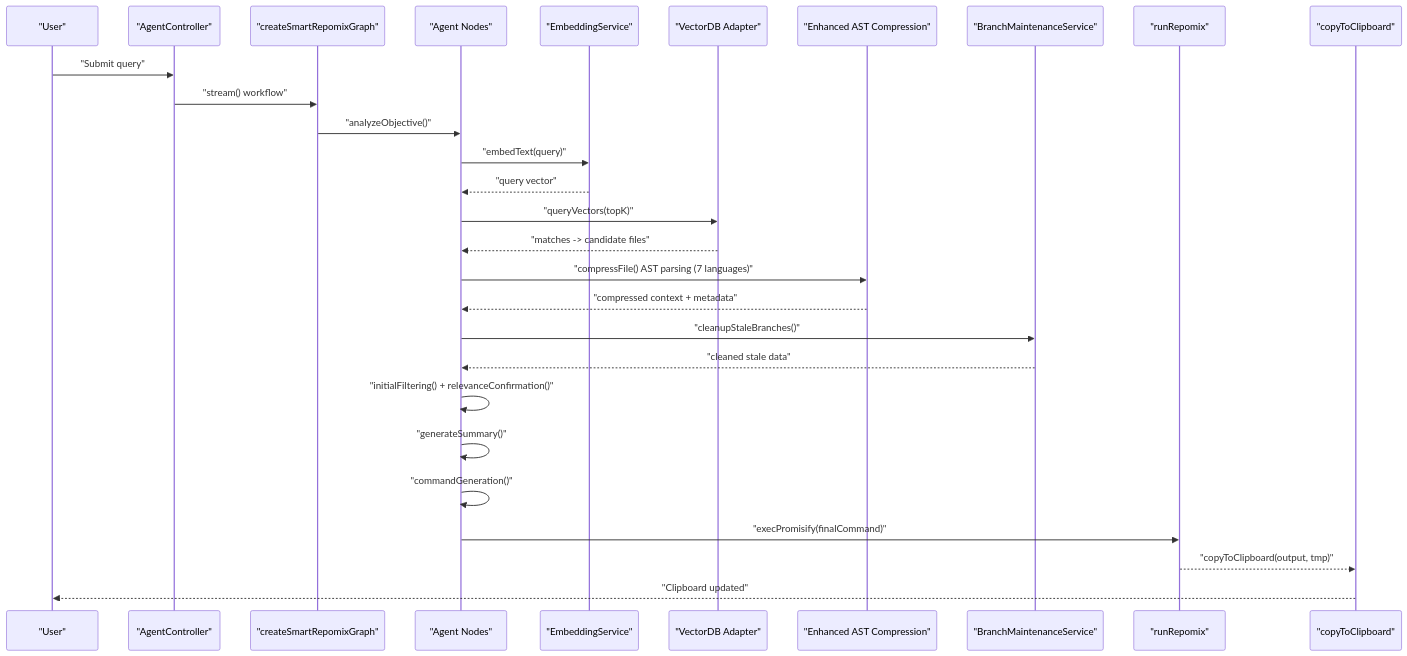
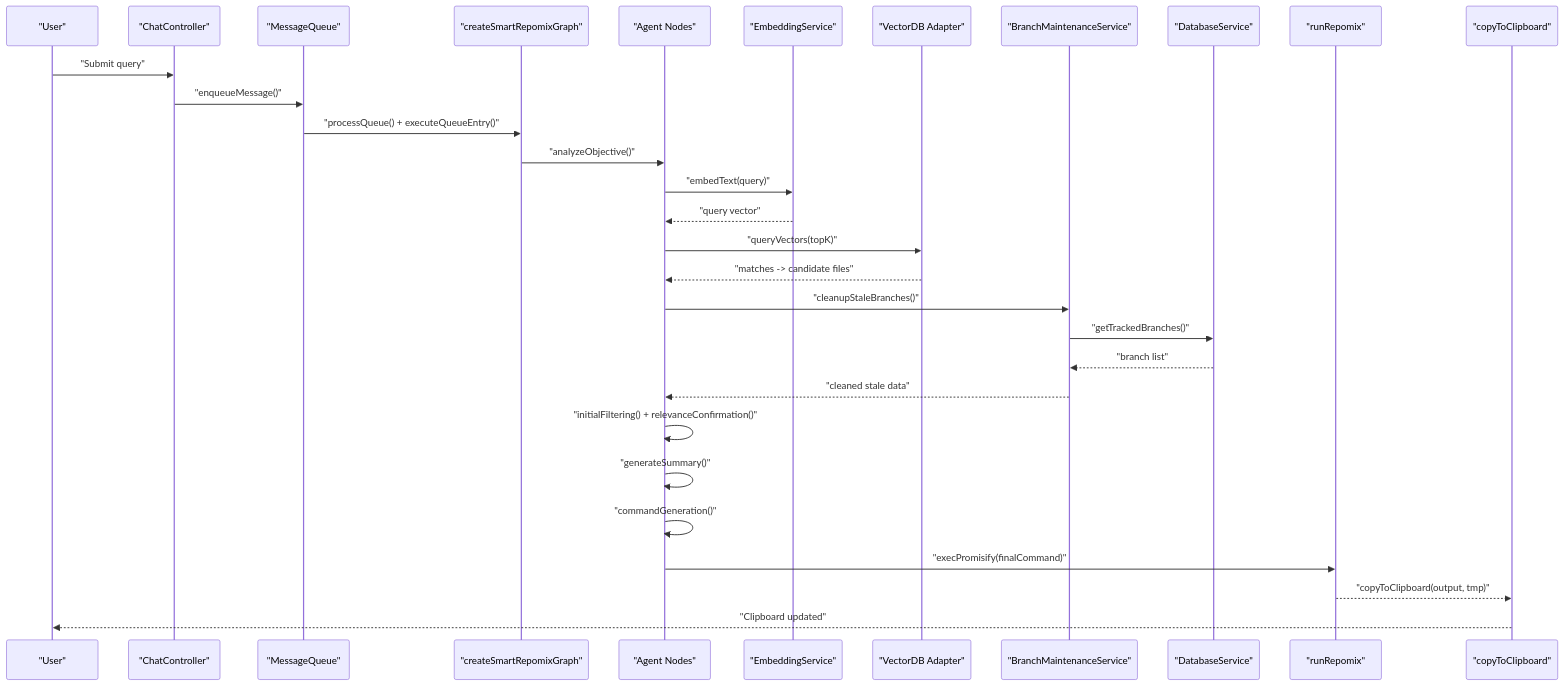
Before and after one commit to bramburn/repomix-runner: the second of 9 diagrams in .qoder/repowiki/en/content/Core Features/Core Features.md, drawn with Mermaid. The commit also changed other lines of this file and 27 other files, not shown here.

````diff
--- a/.qoder/repowiki/en/content/Core Features/Core Features.md
+++ b/.qoder/repowiki/en/content/Core Features/Core Features.md
@@ -279,30 +247,32 @@
 ```mermaid
 sequenceDiagram
 participant User as "User"
-participant Webview as "AgentController"
+participant Webview as "ChatController"
+participant Queue as "MessageQueue"
 participant Graph as "createSmartRepomixGraph"
 participant Nodes as "Agent Nodes"
 participant Embed as "EmbeddingService"
 participant VDB as "VectorDB Adapter"
-participant Compress as "Enhanced AST Compression"
 participant BranchMaint as "BranchMaintenanceService"
+participant DB as "DatabaseService"
 participant Runner as "runRepomix"
 participant Clip as "copyToClipboard"
 User->>Webview : "Submit query"
-Webview->>Graph : "stream() workflow"
+Webview->>Queue : "enqueueMessage()"
+Queue->>Graph : "processQueue() + executeQueueEntry()"
 Graph->>Nodes : "analyzeObjective()"
 Nodes->>Embed : "embedText(query)"
 Embed-->>Nodes : "query vector"
 Nodes->>VDB : "queryVectors(topK)"
 VDB-->>Nodes : "matches -> candidate files"
-Nodes->>Compress : "compressFile() AST parsing (7 languages)"
-Compress-->>Nodes : "compressed context + metadata"
 Nodes->>BranchMaint : "cleanupStaleBranches()"
+BranchMaint->>DB : "getTrackedBranches()"
+DB-->>BranchMaint : "branch list"
 BranchMaint-->>Nodes : "cleaned stale data"
 Nodes->>Nodes : "initialFiltering() + relevanceConfirmation()"
 Nodes->>Nodes : "generateSummary()"
 Nodes->>Nodes : "commandGeneration()"
 Nodes->>Runner : "execPromisify(finalCommand)"
 Runner-->>Clip : "copyToClipboard(output, tmp)"
 Clip-->>User : "Clipboard updated"
 ```
````
